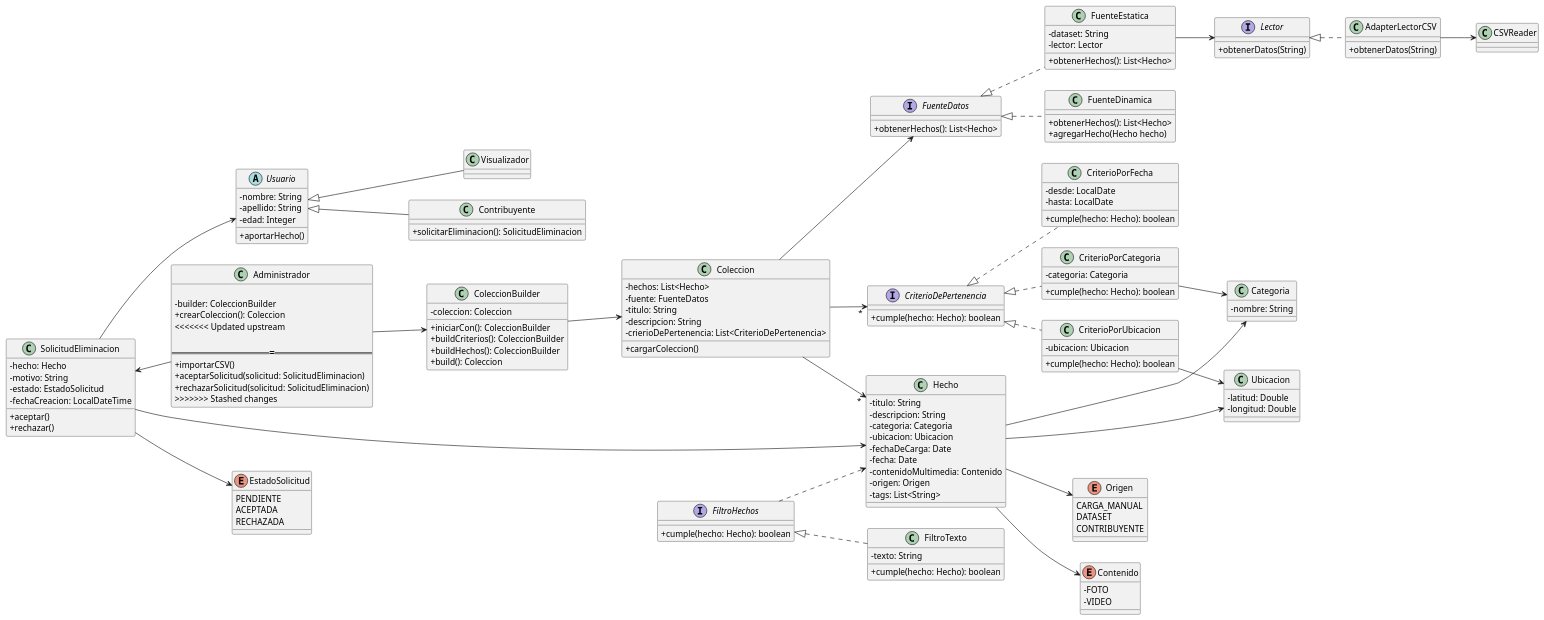
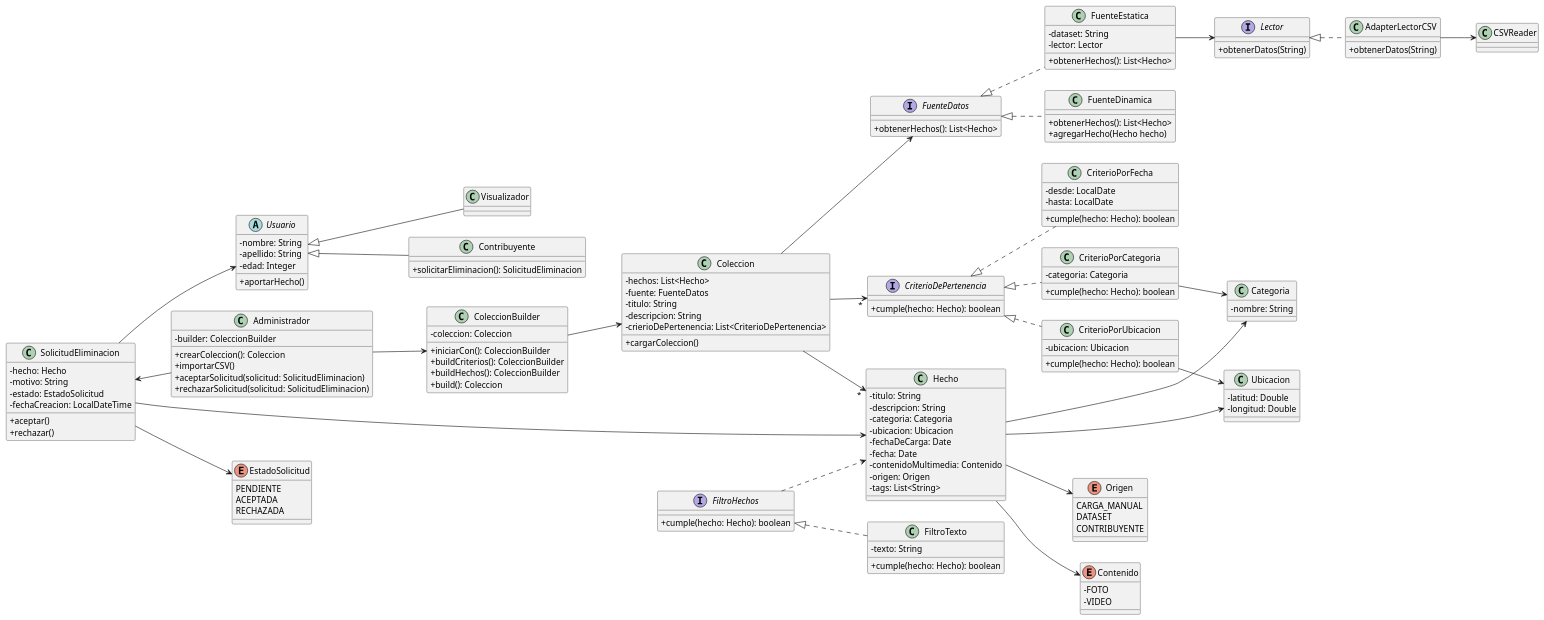
One commit to nicofernandez17/backend-arquitectura-limpia changed the diagram in Diagrams/DC_V3.puml. Above: the diagram before and after it, drawn with PlantUML.

```diff
--- a/Diagrams/DC_V3.puml
+++ b/Diagrams/DC_V3.puml
@@ -1,193 +1,190 @@
 @startuml
 left to right direction
 skinparam classAttributeIconSize 0
 
 '---------------------- Usuarios ----------------------
 abstract class Usuario {
     -nombre: String
     -apellido: String
     -edad: Integer
     +aportarHecho()
 }
 
 class Visualizador extends Usuario {
 
 }
 
 class Contribuyente extends Usuario {
     +solicitarEliminacion(): SolicitudEliminacion
 }
 
 class Administrador {
 
     -builder: ColeccionBuilder
     +crearColeccion(): Coleccion
-<<<<<<< Updated upstream
-
-=======
     +importarCSV()
     +aceptarSolicitud(solicitud: SolicitudEliminacion)
     +rechazarSolicitud(solicitud: SolicitudEliminacion)
->>>>>>> Stashed changes
+
 }
 
 
 Administrador --> ColeccionBuilder
 ColeccionBuilder --> Coleccion
 
 
 
 '---------------------- Solicitud Eliminación ----------------------
 class SolicitudEliminacion {
     -hecho: Hecho
     -motivo: String
     -estado: EstadoSolicitud
     -fechaCreacion: LocalDateTime
 
     +aceptar()
     +rechazar()
 }
 
 enum EstadoSolicitud {
     PENDIENTE
     ACEPTADA
     RECHAZADA
 }
 
 SolicitudEliminacion --> Usuario
 SolicitudEliminacion --> Hecho
 SolicitudEliminacion --> EstadoSolicitud
 SolicitudEliminacion <-- Administrador
 
 '---------------------- Colecciones ----------------------
 class Coleccion {
     -hechos: List<Hecho>
     -fuente: FuenteDatos
     -titulo: String
     -descripcion: String
     -crierioDePertenencia: List<CriterioDePertenencia>
 
     +cargarColeccion()
 
 }
 
 class ColeccionBuilder {
 
     -coleccion: Coleccion
     +iniciarCon(): ColeccionBuilder
     +buildCriterios(): ColeccionBuilder
     +buildHechos(): ColeccionBuilder
     +build(): Coleccion
 
 }
 
 interface CriterioDePertenencia {
     +cumple(hecho: Hecho): boolean
 }
 
 class CriterioPorUbicacion implements CriterioDePertenencia {
     -ubicacion: Ubicacion
     +cumple(hecho: Hecho): boolean
 }
 
 class CriterioPorFecha implements CriterioDePertenencia {
     -desde: LocalDate
     -hasta: LocalDate
     +cumple(hecho: Hecho): boolean
 }
 
 class CriterioPorCategoria implements CriterioDePertenencia {
     -categoria: Categoria
     +cumple(hecho: Hecho): boolean
 }
 
 Coleccion --> "*" Hecho
 Coleccion --> FuenteDatos
 Coleccion --> "*" CriterioDePertenencia
 CriterioPorCategoria --> Categoria
 CriterioPorUbicacion --> Ubicacion
 
 '---------------------- Hechos ----------------------
 class Hecho {
     -titulo: String
     -descripcion: String
     -categoria: Categoria
     -ubicacion: Ubicacion
     -fechaDeCarga: Date
     -fecha: Date
     -contenidoMultimedia: Contenido
     -origen: Origen
     -tags: List<String>
 }
 
 class Categoria {
     -nombre: String
 }
 
 enum Origen {
     CARGA_MANUAL
     DATASET
     CONTRIBUYENTE
 }
 
 class Ubicacion {
     -latitud: Double
     -longitud: Double
 }
 
 enum Contenido {
     -FOTO
     -VIDEO
 }
 
 Hecho --> Categoria
 Hecho --> Ubicacion
 Hecho --> Origen
 Hecho --> Contenido
 
 '---------------------- Filtros de Hechos ----------------------
 interface FiltroHechos {
     +cumple(hecho: Hecho): boolean
 }
 
 class FiltroTexto implements FiltroHechos {
     -texto: String
     +cumple(hecho: Hecho): boolean
 }
 
 FiltroHechos ..> Hecho
 
 '---------------------- Fuentes de Datos ----------------------
 interface FuenteDatos {
     +obtenerHechos(): List<Hecho>
 }
 
 class FuenteEstatica implements FuenteDatos {
     -dataset: String
     -lector: Lector
     +obtenerHechos(): List<Hecho>
 }
 
 class FuenteDinamica implements FuenteDatos {
     +obtenerHechos(): List<Hecho>
     + agregarHecho(Hecho hecho)
 }
 
 FuenteEstatica --> Lector
 
 '---------------------- Lectores ----------------------
 interface Lector {
     +obtenerDatos(String)
 }
 
 class AdapterLectorCSV implements Lector {
 
     +obtenerDatos(String)
 }
 
 class CSVReader {
 
 }
 AdapterLectorCSV --> CSVReader
 
 @enduml
```
